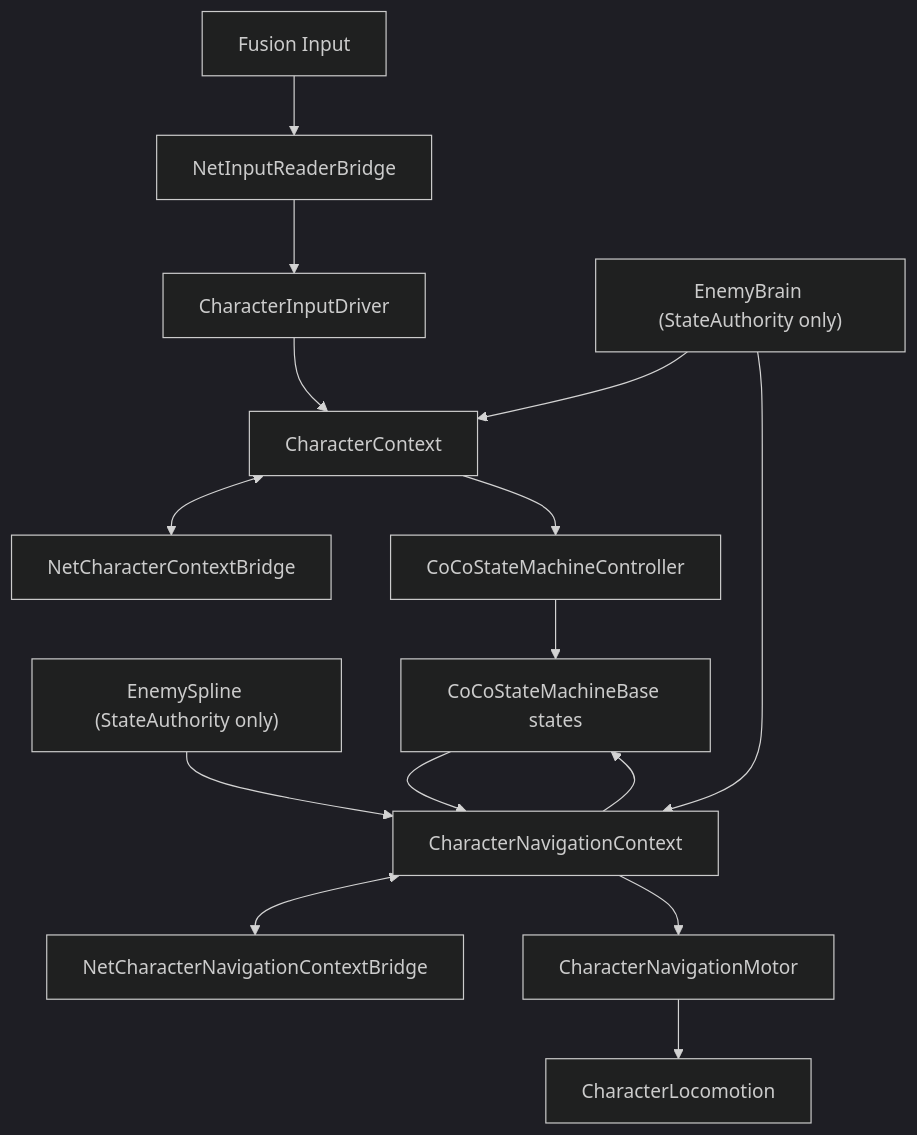
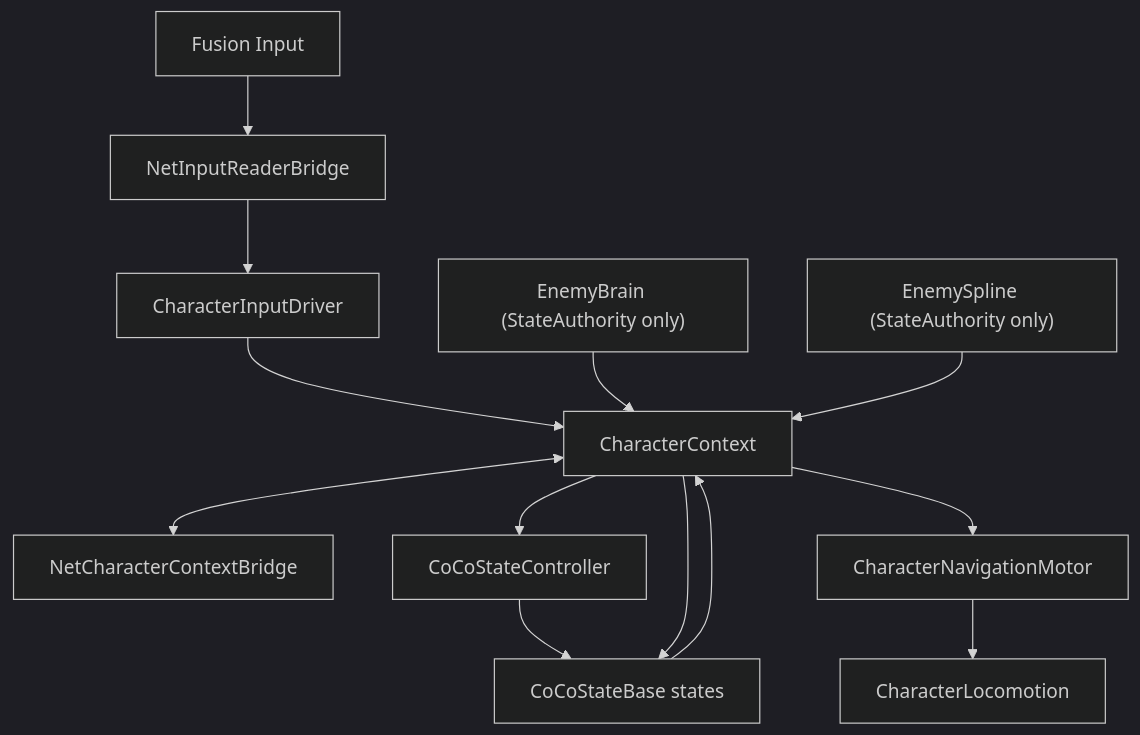
One commit to YunXEE/CoCoFlow changed the diagram in Samples~/Network Samples/README.md. Above: the diagram before and after it, drawn with Mermaid (dark theme). The commit also changed other lines of this file and 54 other files, not shown here.

````diff
--- a/Samples~/Network Samples/README.md
+++ b/Samples~/Network Samples/README.md
@@ -15,20 +14,18 @@
 ```mermaid
 flowchart TD
   FusionInput["Fusion Input"] --> InputBridge["NetInputReaderBridge"]
   InputBridge --> InputDriver["CharacterInputDriver"]
   InputDriver --> CharacterCtx["CharacterContext"]
 
   EnemyBrain["EnemyBrain (StateAuthority only)"] --> CharacterCtx
-  EnemyBrain --> NavCtx["CharacterNavigationContext"]
-  EnemySpline["EnemySpline (StateAuthority only)"] --> NavCtx
+  EnemySpline["EnemySpline (StateAuthority only)"] --> CharacterCtx
 
   CharacterCtx <--> CharacterSync["NetCharacterContextBridge"]
-  NavCtx <--> NavigationSync["NetCharacterNavigationContextBridge"]
 
-  CharacterCtx --> StateMachine["CoCoStateMachineController"]
-  StateMachine --> States["CoCoStateMachineBase states"]
-  NavCtx --> States
-  States --> NavCtx
-  NavCtx --> NavMotor["CharacterNavigationMotor"]
+  CharacterCtx --> State["CoCoStateController"]
+  State --> States["CoCoStateBase states"]
+  CharacterCtx --> States
+  States --> CharacterCtx
+  CharacterCtx --> NavMotor["CharacterNavigationMotor"]
   NavMotor --> Locomotion["CharacterLocomotion"]
 ```
````
